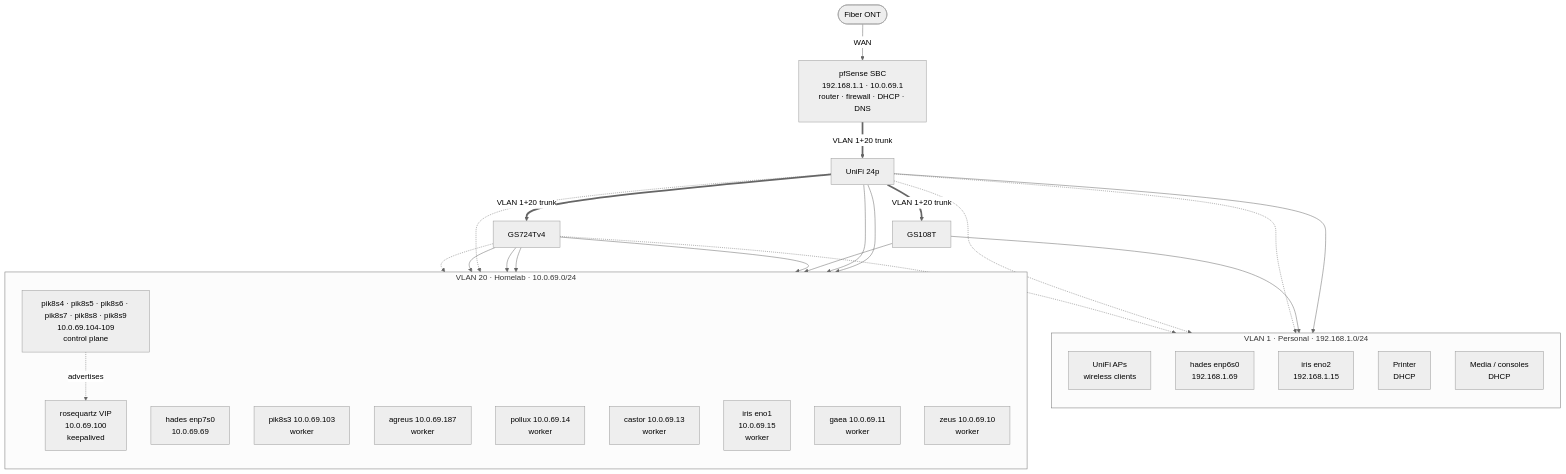
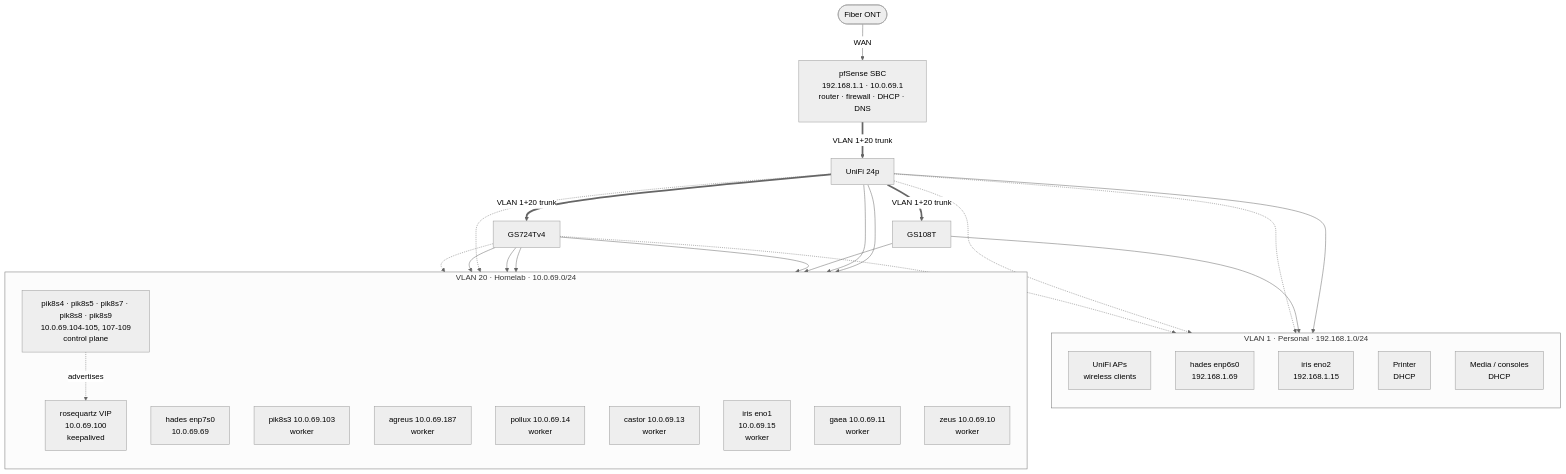
One commit to UnstoppableMango/nixos changed the diagram in NETWORK.md. Above: the diagram before and after it, drawn with Mermaid (neutral theme). The commit also changed other lines of this file and 3 other files, not shown here.

First line of the commit message:
feat(rosequartz): remove pik8s6 from the control plane (#450)

````diff
--- a/NETWORK.md
+++ b/NETWORK.md
@@ -17,55 +17,55 @@
 ```mermaid
 flowchart TB
   ONT(["Fiber ONT"])
   FW["pfSense SBC<br/>192.168.1.1 · 10.0.69.1<br/>router · firewall · DHCP · DNS"]
 
   ONT -->|WAN| FW
 
   U24["UniFi 24p"]
   GS108["GS108T"]
   GS724["GS724Tv4"]
 
   FW ==>|"VLAN 1+20 trunk"| U24
   U24 ==>|"VLAN 1+20 trunk"| GS108
   U24 ==>|"VLAN 1+20 trunk"| GS724
 
   subgraph V1["VLAN 1 · Personal · 192.168.1.0/24"]
     direction TB
     AP["UniFi APs<br/>wireless clients"]
     HADES1["hades enp6s0<br/>192.168.1.69"]
     IRIS1["iris eno2<br/>192.168.1.15"]
     PRN["Printer<br/>DHCP"]
     MED["Media / consoles<br/>DHCP"]
   end
 
   subgraph V20["VLAN 20 · Homelab · 10.0.69.0/24"]
     direction TB
     VIP["rosequartz VIP<br/>10.0.69.100<br/>keepalived"]
     HADES2["hades enp7s0<br/>10.0.69.69"]
-    CP["pik8s4 · pik8s5 · pik8s6 · pik8s7 · pik8s8 · pik8s9<br/>10.0.69.104-109<br/>control plane"]
+    CP["pik8s4 · pik8s5 · pik8s7 · pik8s8 · pik8s9<br/>10.0.69.104-105, 107-109<br/>control plane"]
     PIW["pik8s3 10.0.69.103<br/>worker"]
     AGREUS["agreus 10.0.69.187<br/>worker"]
     POLLUX["pollux 10.0.69.14<br/>worker"]
     CASTOR["castor 10.0.69.13<br/>worker"]
     IRIS["iris eno1<br/>10.0.69.15<br/>worker"]
     GAEA["gaea 10.0.69.11<br/>worker"]
     ZEUS["zeus 10.0.69.10<br/>worker"]
   end
 
   U24 --> AP
   U24 --> CP
   U24 --> AGREUS
   GS108 --> HADES1
   GS108 --> HADES2
   GS724 --> ZEUS
   GS724 --> GAEA
   GS724 --> CASTOR
   U24 -.-> PIW
   U24 -.-> PRN
   U24 -.-> MED
   GS724 --> POLLUX
   GS724 -.-> IRIS
   GS724 -.-> IRIS1
 
   CP -.->|advertises| VIP
 ```
````
